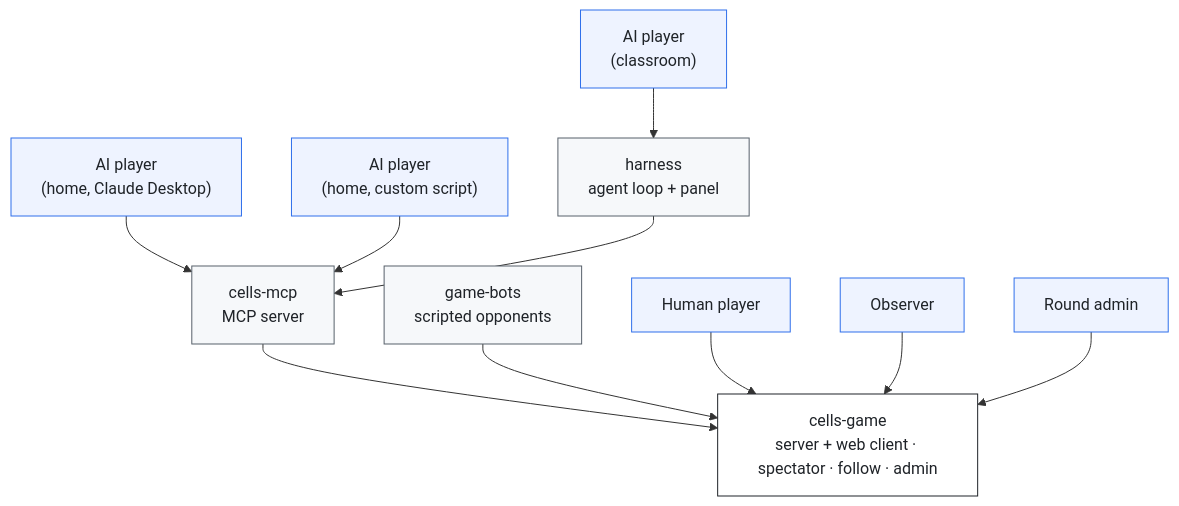
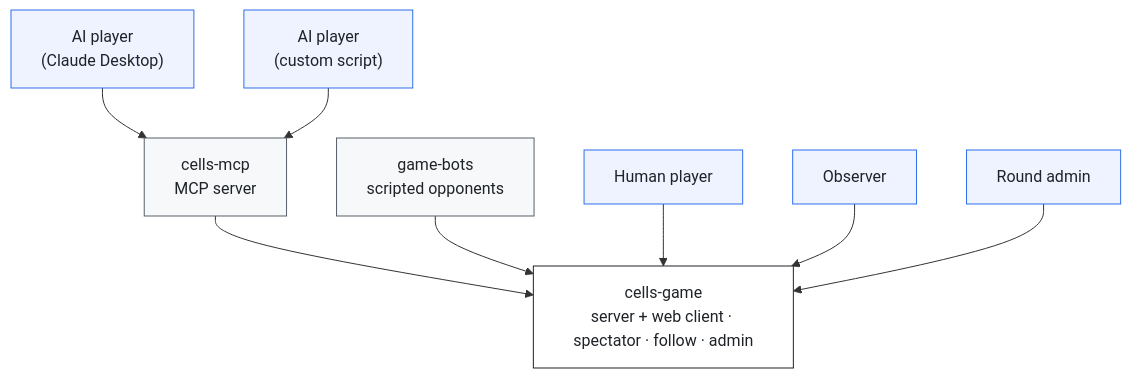
One commit to cellagents/cellagents.dev changed the first of 2 diagrams in developers.md. Above: the diagram before and after it, drawn with Mermaid. The commit also changed other lines of this file and 1 other file, not shown here.

```diff
--- a/developers.md
+++ b/developers.md
@@ -59,30 +58,26 @@
 <div class="mermaid">
 flowchart TD
     classDef user fill:#eef3ff,stroke:#2f6feb,color:#1f2328
     classDef comp fill:#f6f8fa,stroke:#57606a,color:#1f2328
     classDef infra fill:#fff,stroke:#1f2328,color:#1f2328
 
-    AIClass["AI player<br/>(classroom)"]:::user
-    AIHomeMCP["AI player<br/>(home, Claude Desktop)"]:::user
-    AIHomeScript["AI player<br/>(home, custom script)"]:::user
+    AIHomeMCP["AI player<br/>(Claude Desktop)"]:::user
+    AIHomeScript["AI player<br/>(custom script)"]:::user
     Human["Human player"]:::user
     Observer["Observer"]:::user
     Admin["Round admin"]:::user
 
-    Harness["harness<br/>agent loop + panel"]:::comp
     MCP["cells-mcp<br/>MCP server"]:::comp
     Bots["game-bots<br/>scripted opponents"]:::comp
 
     Game["cells-game<br/>server + web client · spectator · follow · admin"]:::infra
 
-    AIClass --> Harness
     AIHomeMCP --> MCP
     AIHomeScript --> MCP
-    Harness --> MCP
     MCP --> Game
     Bots --> Game
 
     Human --> Game
     Observer --> Game
     Admin --> Game
 </div>
```
